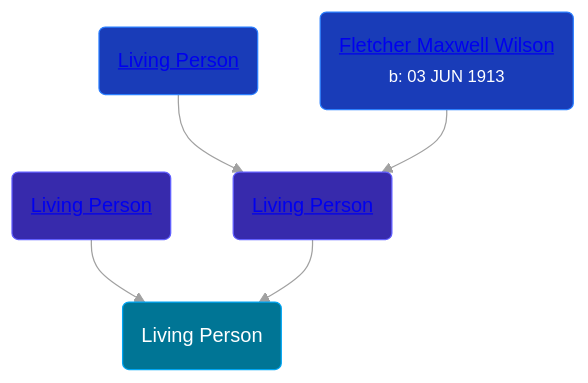
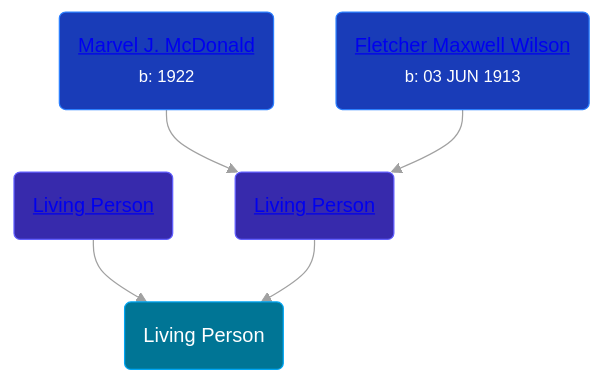
Before and after one commit to wpmgotkh/wpmgotkh.github.io: the diagram in pages/people/4/49195211.md, drawn with Mermaid. The commit also changed 257 other files, not shown here.

````diff
--- a/pages/people/4/49195211.md
+++ b/pages/people/4/49195211.md
@@ -10,12 +10,12 @@
 ```mermaid
 graph
 classDef grands fill:#193cb8,stroke:#2b7fff,stroke-width:1px,color:#fff;
 classDef parents fill:#372aac,stroke:#615fff,stroke-width:1px,color:#fff;
 classDef primary fill:#007595,stroke:#00a6f4,stroke-width:1px,color:#fff;
 49195211(Living Person):::primary
 88617856(<a class="text-white" href="/people/8/88617856">Living Person</a>):::parents-->49195211
 53774374(<a class="text-white" href="/people/5/53774374">Living Person</a>):::parents-->49195211
-1324224(<a class="text-white" href="/people/1/1324224">Living Person</a>):::grands-->53774374
+1324224(<a class="text-white" href="/people/1/1324224">Marvel J. McDonald</a><br /><small>b: 1922</small>):::grands-->53774374
 32597724(<a class="text-white" href="/people/3/32597724">Fletcher Maxwell Wilson</a><br /><small>b: 03 JUN 1913</small>):::grands-->53774374
 linkStyle default stroke:#a1a1a1
 ```
````
